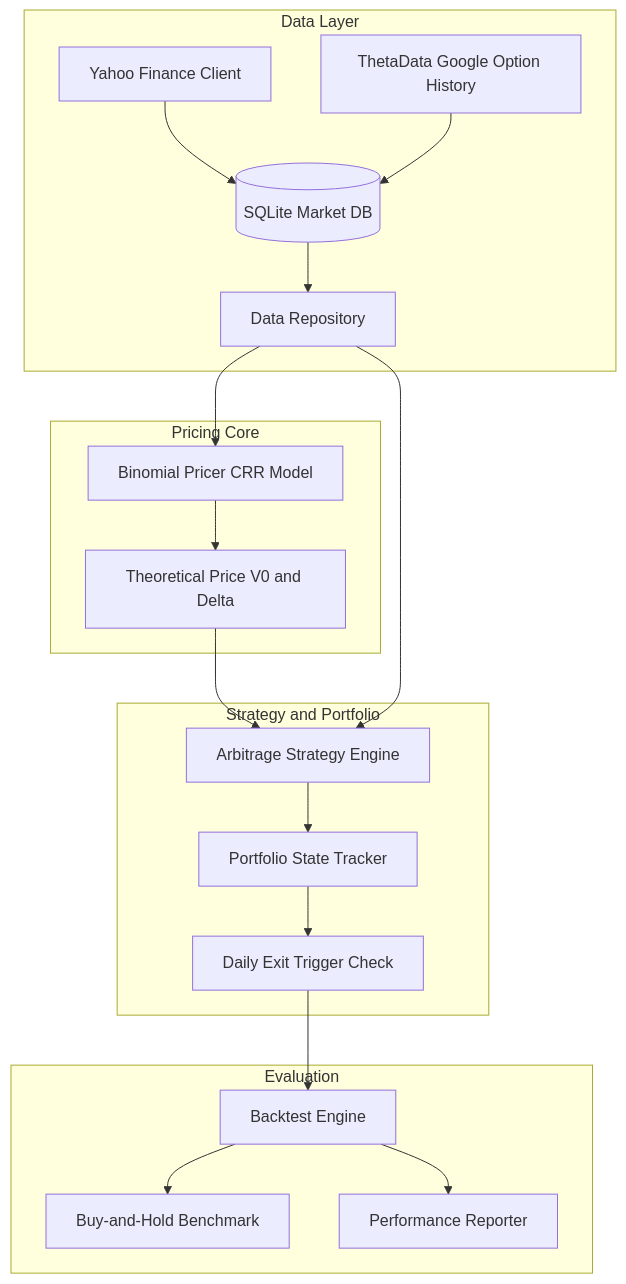
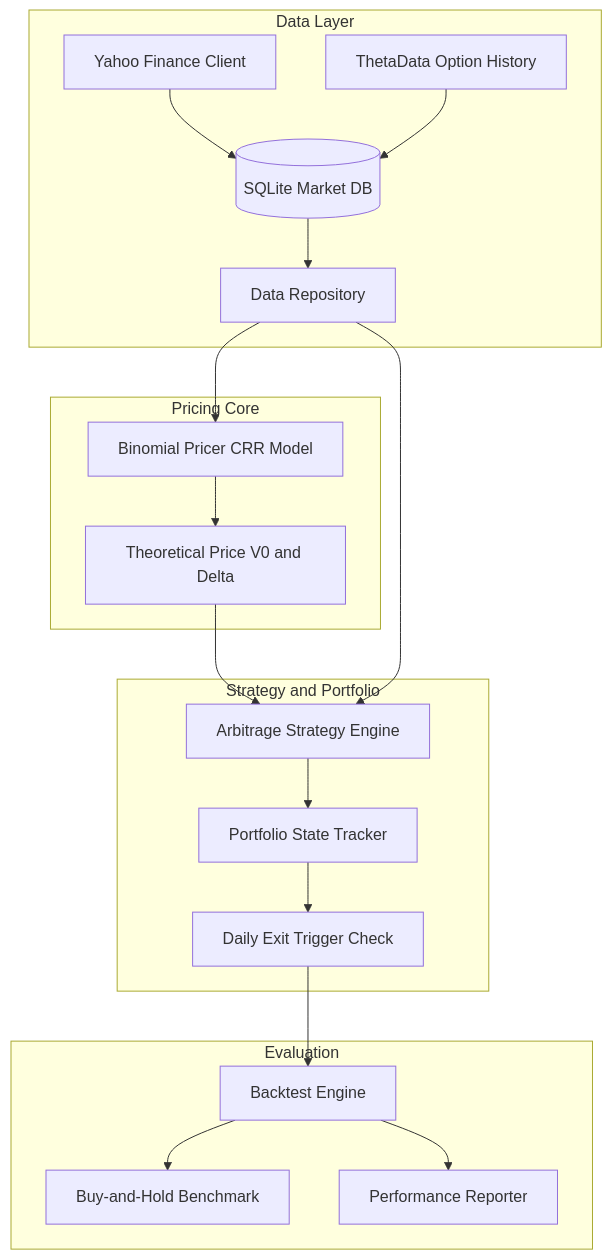
Before and after one commit to KoderKavin/binomial-option-pricing: the diagram in README.md, drawn with Mermaid.

````diff
--- a/README.md
+++ b/README.md
@@ -54,26 +54,26 @@
 ```mermaid
 flowchart TD
     subgraph Data Layer
         YF[Yahoo Finance Client] --> DB[(SQLite Market DB)]
-        TD[ThetaData Google Option History] --> DB
+        TD[ThetaData Option History] --> DB
         DB --> Repo[Data Repository]
     end
 
     subgraph Pricing Core
         Repo --> CRR[Binomial Pricer CRR Model]
         CRR --> Theo[Theoretical Price V0 and Delta]
     end
 
     subgraph Strategy and Portfolio
         Theo --> Arb[Arbitrage Strategy Engine]
         Repo --> Arb
         Arb --> Port[Portfolio State Tracker]
         Port --> Monitor[Daily Exit Trigger Check]
     end
 
     subgraph Evaluation
         Monitor --> Engine[Backtest Engine]
         Engine --> Bench[Buy-and-Hold Benchmark]
         Engine --> Metrics[Performance Reporter]
     end
 ```
````
